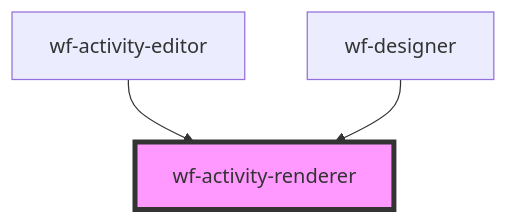
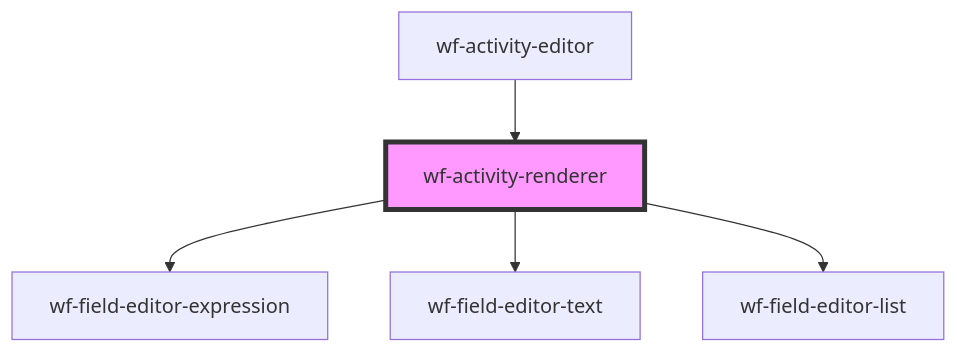
The diagram in src/components/workflow-designer/activity-renderer/readme.md (elsa-workflows/elsa-designer), drawn with Mermaid before and after one commit. The commit also changed other lines of this file and 54 other files, not shown here.

First line of the commit message:
Added Switch activity and introduced field drivers (#6)

````diff
--- a/src/components/workflow-designer/activity-renderer/readme.md
+++ b/src/components/workflow-designer/activity-renderer/readme.md
@@ -25,6 +30,8 @@
 ```mermaid
 graph TD;
+  wf-activity-renderer --> wf-field-editor-expression
+  wf-activity-renderer --> wf-field-editor-text
+  wf-activity-renderer --> wf-field-editor-list
   wf-activity-editor --> wf-activity-renderer
-  wf-designer --> wf-activity-renderer
   style wf-activity-renderer fill:#f9f,stroke:#333,stroke-width:4px
 ```
````
